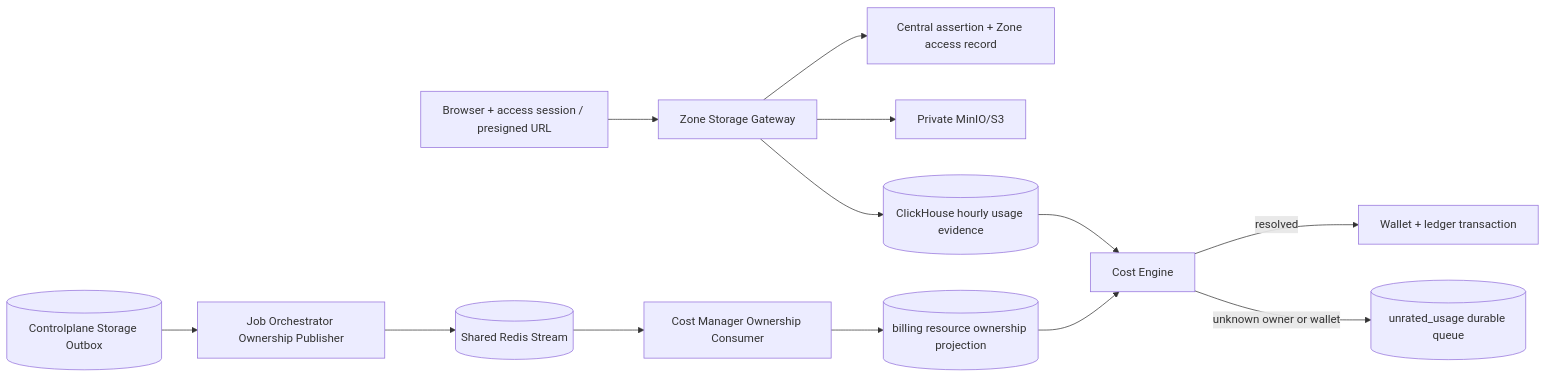
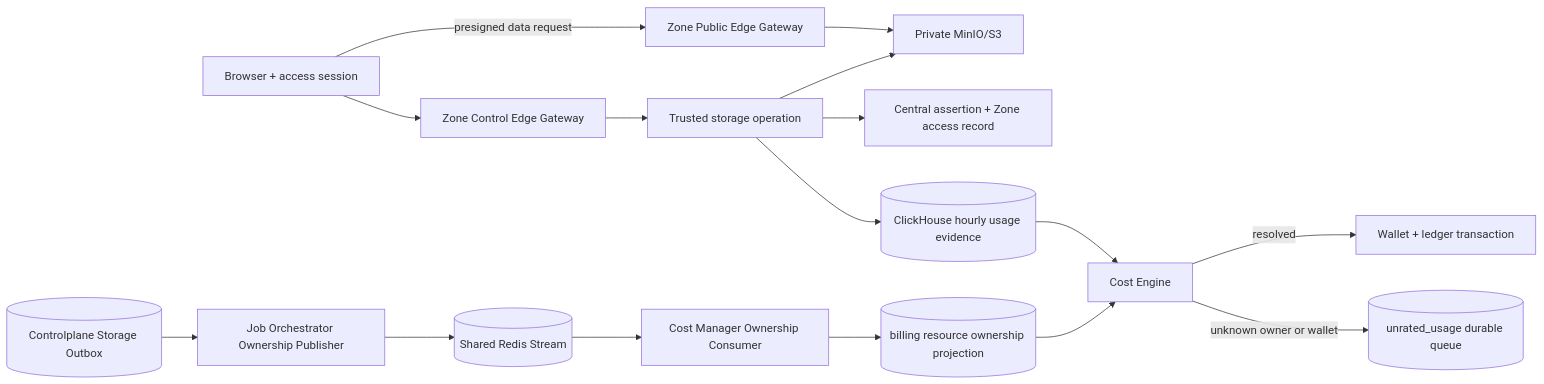
The diagram in god_view/billing/storage_usage_billing_god_view.md (phucle996/aurora), drawn with Mermaid before and after one commit. The commit also changed other lines of this file and 58 other files, not shown here.

````diff
--- a/god_view/billing/storage_usage_billing_god_view.md
+++ b/god_view/billing/storage_usage_billing_god_view.md
@@ -11,15 +11,18 @@
 ```mermaid
 flowchart LR
-    SDK[Browser + access session / presigned URL] --> ENV[Zone Storage Gateway]
+    SDK[Browser + access session] --> CTRL[Zone Control Edge Gateway]
+    SDK -->|presigned data request| PUB[Zone Public Edge Gateway]
+    CTRL --> ENV[Trusted storage operation]
+    PUB --> MINIO
     ENV --> AUTHZ[Central assertion + Zone access record]
     ENV --> MINIO[Private MinIO/S3]
     ENV --> CH[(ClickHouse hourly usage evidence)]
     CP[(Controlplane Storage Outbox)] --> JO[Job Orchestrator Ownership Publisher]
     JO --> RS[(Shared Redis Stream)]
     RS --> CONSUMER[Cost Manager Ownership Consumer]
     CONSUMER --> PROJ[(billing resource ownership projection)]
     CH --> ENG[Cost Engine]
     PROJ --> ENG
     ENG -->|resolved| WALLET[Wallet + ledger transaction]
     ENG -->|unknown owner or wallet| UNRATED[(unrated_usage durable queue)]
 ```
````
